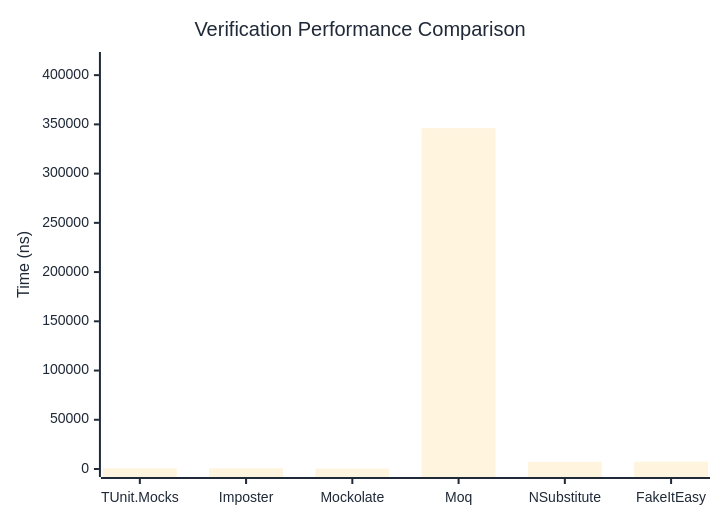
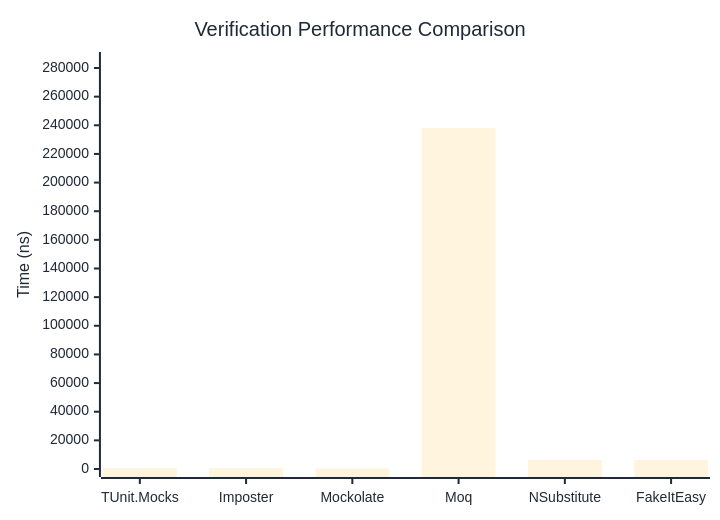
The first of 3 diagrams in docs/docs/benchmarks/mocks/Verification.md (thomhurst/TUnit), drawn with Mermaid before and after one commit. The commit also changed other lines of this file and 14 other files, not shown here.

````diff
--- a/docs/docs/benchmarks/mocks/Verification.md
+++ b/docs/docs/benchmarks/mocks/Verification.md
@@ -30,27 +30,27 @@
 ```mermaid
 %%{init: {
   'theme':'base',
   'themeVariables': {
     'primaryColor': '#2563eb',
     'primaryTextColor': '#1f2937',
     'primaryBorderColor': '#1e40af',
     'lineColor': '#6b7280',
     'secondaryColor': '#7c3aed',
     'tertiaryColor': '#dc2626',
     'background': '#ffffff',
     'pie1': '#2563eb',
     'pie2': '#7c3aed',
     'pie3': '#dc2626',
     'pie4': '#f59e0b',
     'pie5': '#10b981',
     'pie6': '#06b6d4',
     'pie7': '#ec4899',
     'pie8': '#6366f1'
   }
 }}%%
 xychart-beta
   title "Verification Performance Comparison"
   x-axis ["TUnit.Mocks", "Imposter", "Mockolate", "Moq", "NSubstitute", "FakeItEasy"]
-  y-axis "Time (ns)" 0 --> 415389
-  bar [690.9, 700.44, 429.77, 346157.06, 7211.08, 7376.66]
+  y-axis "Time (ns)" 0 --> 285587
+  bar [736.27, 676.74, 398.05, 237988.85, 6424.63, 6330.79]
 ```
````
